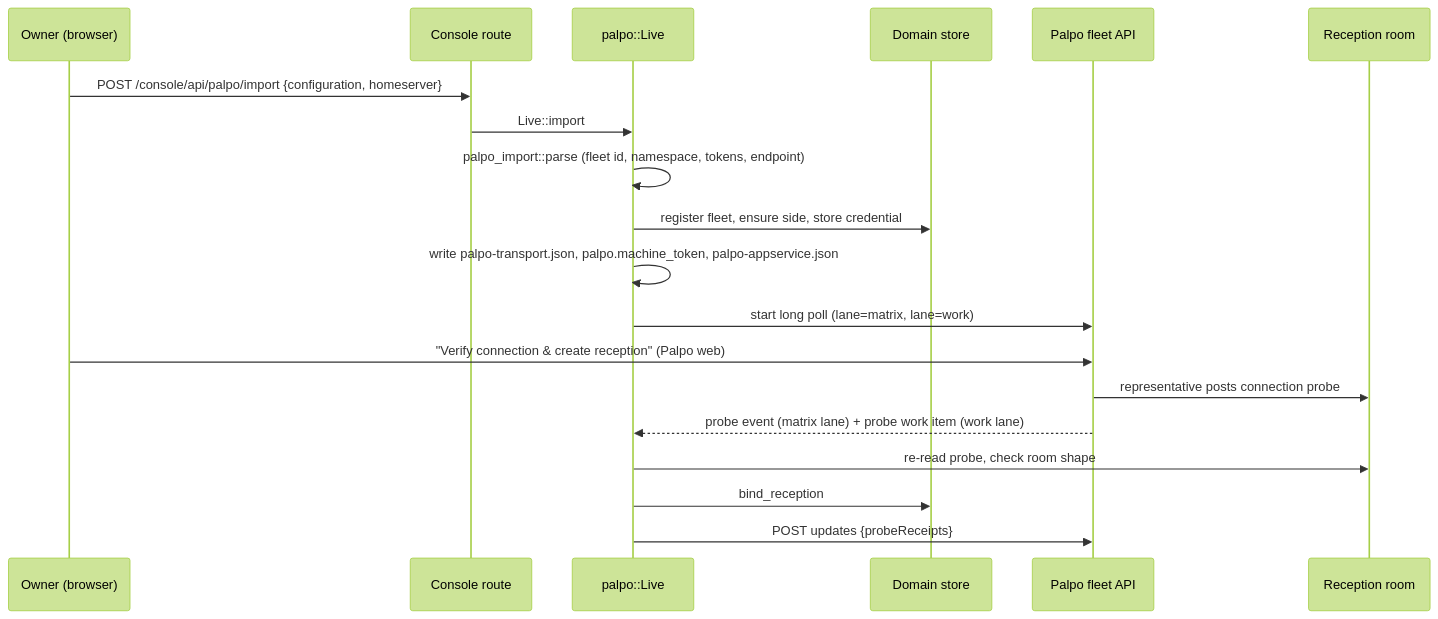
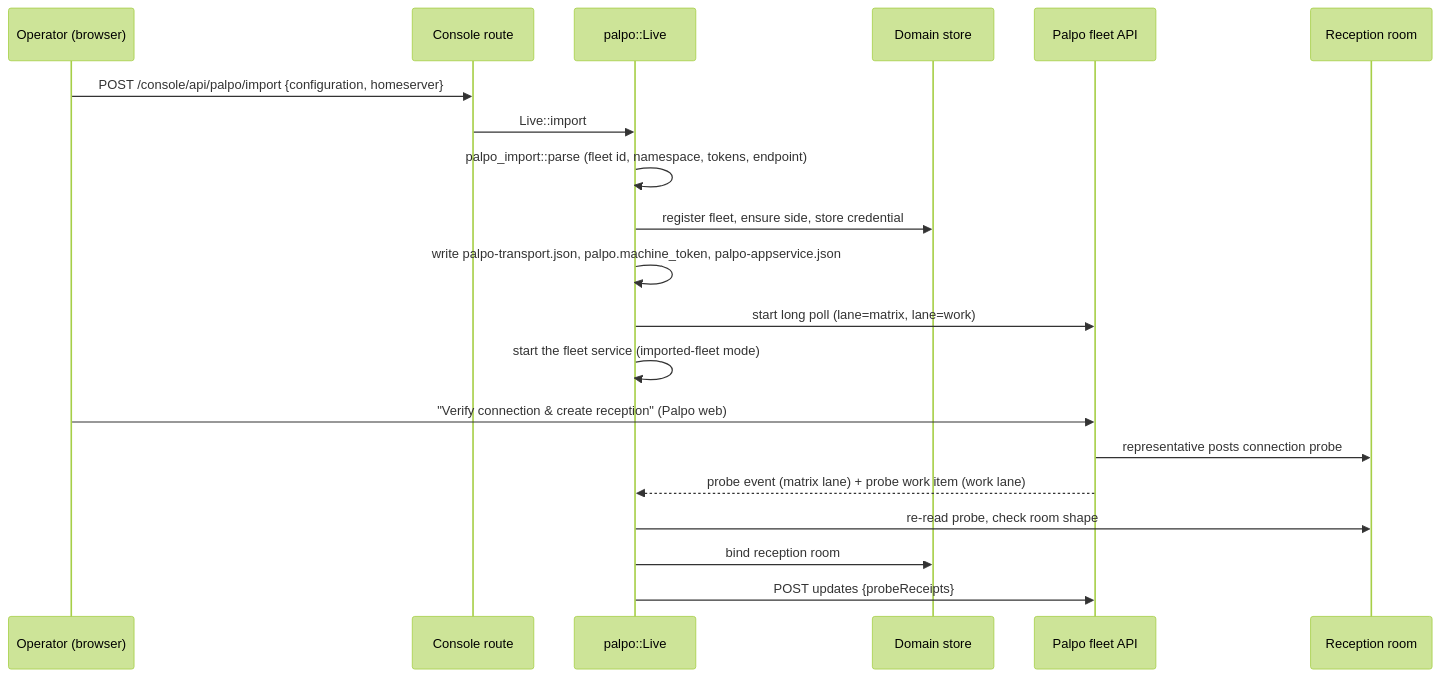
The third of 7 diagrams in docs/architecture-walkthrough.md (chrislearn/hagency-client), drawn with Mermaid (forest theme) before and after one commit. The commit also changed other lines of this file and 39 other files, not shown here.

````diff
--- a/docs/architecture-walkthrough.md
+++ b/docs/architecture-walkthrough.md
@@ -127,21 +218,22 @@
 ```mermaid
 sequenceDiagram
-    participant O as Owner (browser)
+    participant O as Operator (browser)
     participant C as Console route
     participant L as palpo::Live
     participant S as Domain store
     participant P as Palpo fleet API
     participant R as Reception room
     O->>C: POST /console/api/palpo/import {configuration, homeserver}
     C->>L: Live::import
     L->>L: palpo_import::parse (fleet id, namespace, tokens, endpoint)
     L->>S: register fleet, ensure side, store credential
     L->>L: write palpo-transport.json, palpo.machine_token, palpo-appservice.json
     L->>P: start long poll (lane=matrix, lane=work)
+    L->>L: start the fleet service (imported-fleet mode)
     O->>P: "Verify connection & create reception" (Palpo web)
     P->>R: representative posts connection probe
     P-->>L: probe event (matrix lane) + probe work item (work lane)
     L->>R: re-read probe, check room shape
-    L->>S: bind_reception
+    L->>S: bind reception room
     L->>P: POST updates {probeReceipts}
 ```
````
